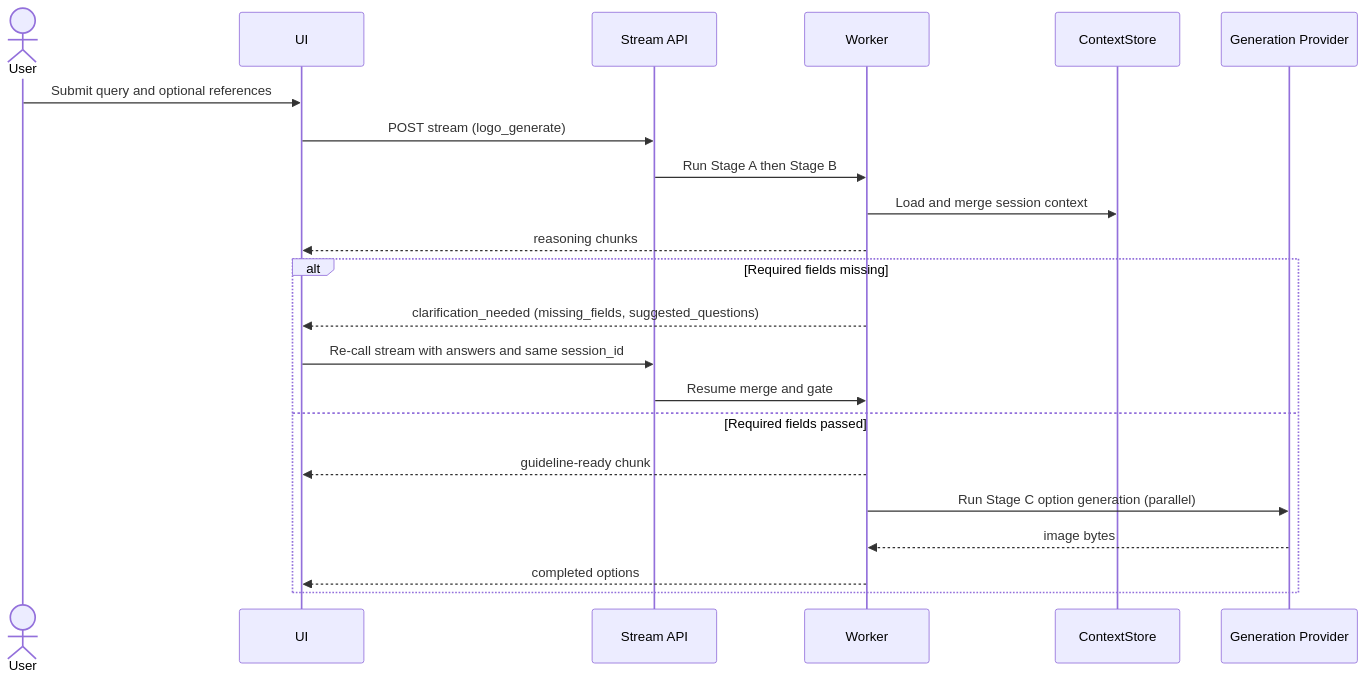
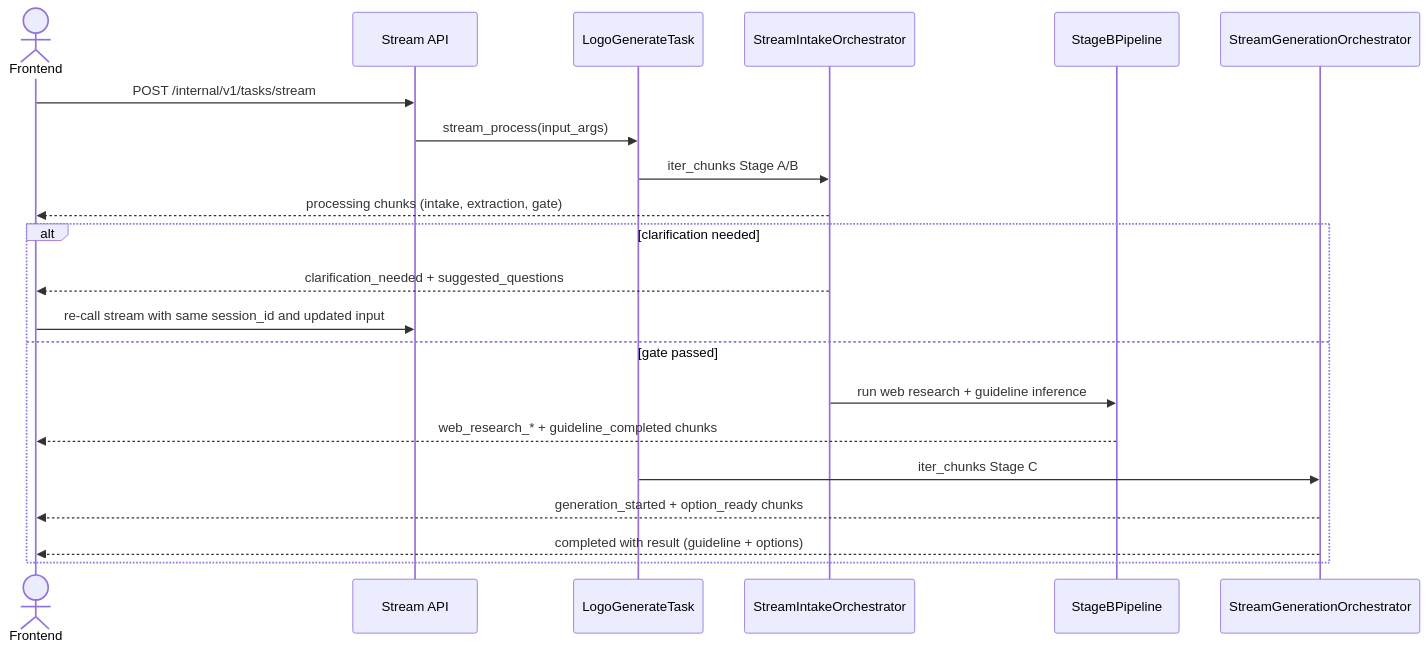
Before and after one commit to Ne4nf/Agent-Memory: the third of 3 diagrams in architecture.md, drawn with Mermaid. The commit also changed other lines of this file, not shown here.

````diff
--- a/architecture.md
+++ b/architecture.md
@@ -198,26 +217,25 @@
 ```mermaid
 sequenceDiagram
-  actor U as User
-  participant UI as UI
-  participant S as Stream API
-  participant W as Worker
-  participant C as ContextStore
-  participant G as Generation Provider
+  actor FE as Frontend
+  participant ST as Stream API
+  participant T as LogoGenerateTask
+  participant A as StreamIntakeOrchestrator
+  participant B as StageBPipeline
+  participant C as StreamGenerationOrchestrator
 
-  U->>UI: Submit query and optional references
-  UI->>S: POST stream (logo_generate)
-  S->>W: Run Stage A then Stage B
-  W->>C: Load and merge session context
-  W-->>UI: reasoning chunks
+  FE->>ST: POST /internal/v1/tasks/stream
+  ST->>T: stream_process(input_args)
+  T->>A: iter_chunks Stage A/B
+  A-->>FE: processing chunks (intake, extraction, gate)
 
-  alt Required fields missing
-    W-->>UI: clarification_needed (missing_fields, suggested_questions)
-    UI->>S: Re-call stream with answers and same session_id
-    S->>W: Resume merge and gate
-  else Required fields passed
-    W-->>UI: guideline-ready chunk
-    W->>G: Run Stage C option generation (parallel)
-    G-->>W: image bytes
-    W-->>UI: completed options
+  alt clarification needed
+    A-->>FE: clarification_needed + suggested_questions
+    FE->>ST: re-call stream with same session_id and updated input
+  else gate passed
+    A->>B: run web research + guideline inference
+    B-->>FE: web_research_* + guideline_completed chunks
+    T->>C: iter_chunks Stage C
+    C-->>FE: generation_started + option_ready chunks
+    C-->>FE: completed with result (guideline + options)
   end
 ```
````
